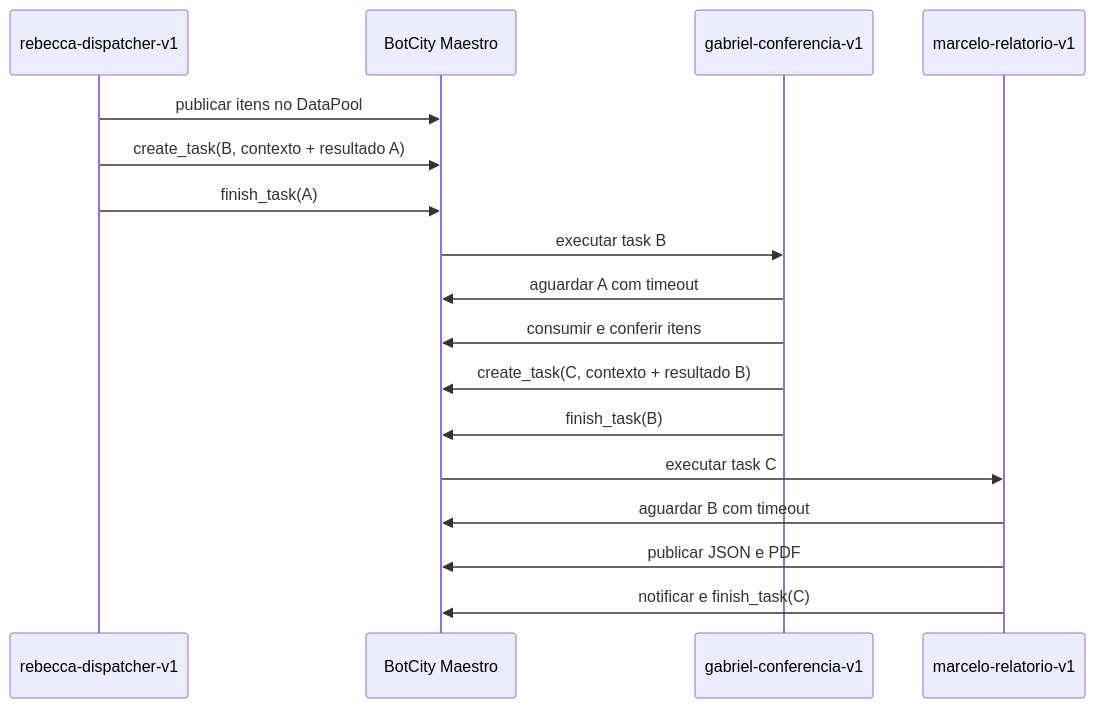
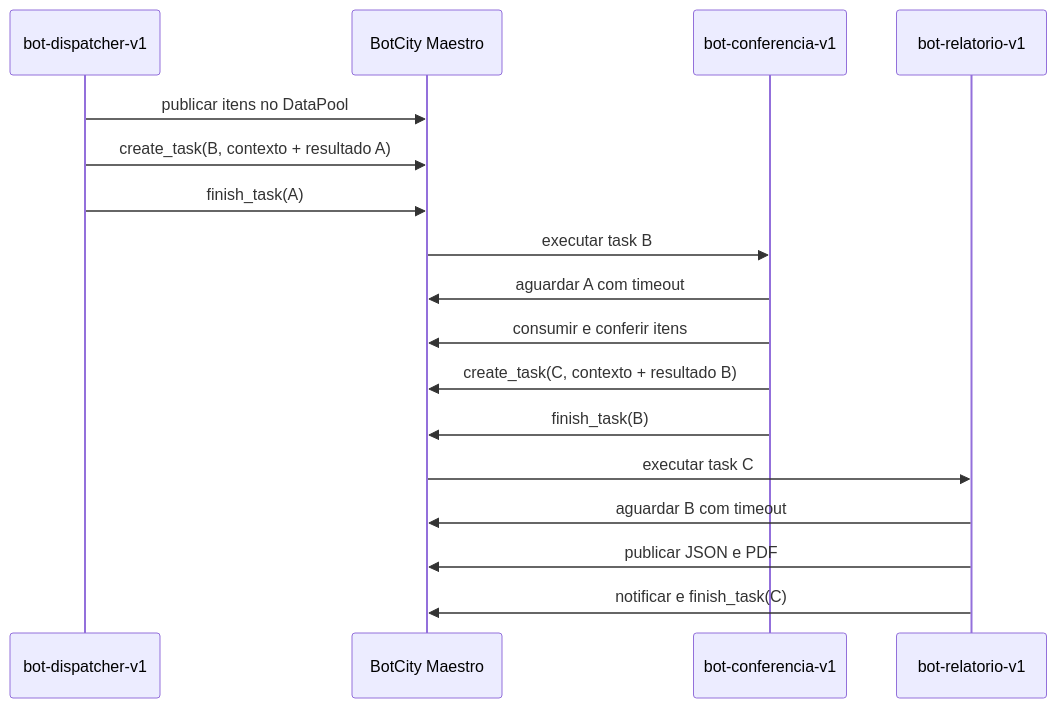
The diagram in docs/ORQUESTRACAO_MAESTRO.md (g-f307/conferencia-de-lotes), drawn with Mermaid before and after one commit. The commit also changed other lines of this file and 8 other files, not shown here.

````diff
--- a/docs/ORQUESTRACAO_MAESTRO.md
+++ b/docs/ORQUESTRACAO_MAESTRO.md
@@ -23,20 +25,20 @@
 ```mermaid
 sequenceDiagram
-    participant A as rebecca-dispatcher-v1
+    participant A as bot-dispatcher-v1
     participant M as BotCity Maestro
-    participant B as gabriel-conferencia-v1
-    participant C as marcelo-relatorio-v1
+    participant B as bot-conferencia-v1
+    participant C as bot-relatorio-v1
 
     A->>M: publicar itens no DataPool
     A->>M: create_task(B, contexto + resultado A)
     A->>M: finish_task(A)
     M->>B: executar task B
     B->>M: aguardar A com timeout
     B->>M: consumir e conferir itens
     B->>M: create_task(C, contexto + resultado B)
     B->>M: finish_task(B)
     M->>C: executar task C
     C->>M: aguardar B com timeout
     C->>M: publicar JSON e PDF
     C->>M: notificar e finish_task(C)
 ```
````
